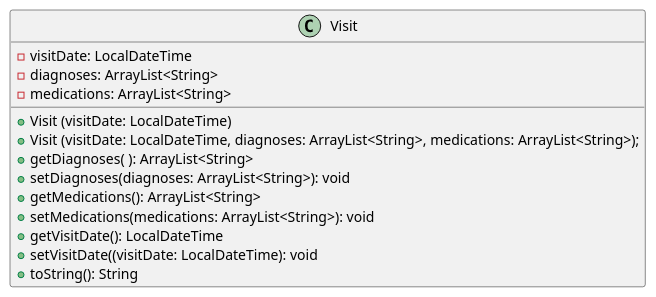
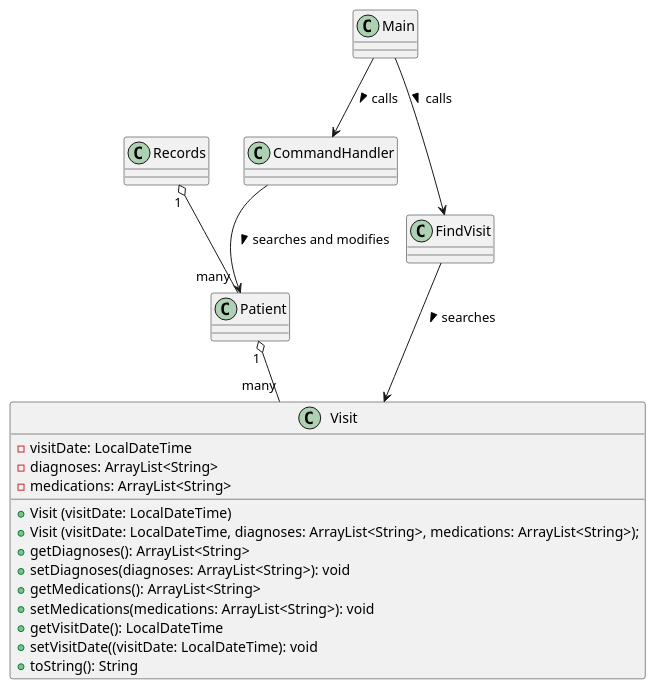
One commit to yentheng0110/tp changed the diagram in docs/Visit.puml. Above: the diagram before and after it, drawn with PlantUML. The commit also changed 7 other files, not shown here.

Commit message:
Class diagram association arrows

```diff
--- a/docs/Visit.puml
+++ b/docs/Visit.puml
@@ -1,19 +1,33 @@
 @startuml
 'https://plantuml.com/class-diagram
 
 class Visit {
 -visitDate: LocalDateTime
 -diagnoses: ArrayList<String>
 -medications: ArrayList<String>
 +Visit (visitDate: LocalDateTime)
 +Visit (visitDate: LocalDateTime, diagnoses: ArrayList<String>, medications: ArrayList<String>);
-+getDiagnoses( ): ArrayList<String>
++getDiagnoses(): ArrayList<String>
 +setDiagnoses(diagnoses: ArrayList<String>): void
 +getMedications(): ArrayList<String>
 +setMedications(medications: ArrayList<String>): void
 +getVisitDate(): LocalDateTime
 +setVisitDate((visitDate: LocalDateTime): void
 +toString(): String
 }
 
+class Patient {}
+class Visit {}
+class Main {}
+class Records {}
+class CommandHandler {}
+
+
+Main --> CommandHandler : calls >
+Main --> FindVisit : calls >
+CommandHandler --> Patient : searches and modifies >
+FindVisit --> Visit : searches >
+Records "1" o-- "many" Patient
+Patient "1" o-- "many" Visit
+
 @enduml
```
